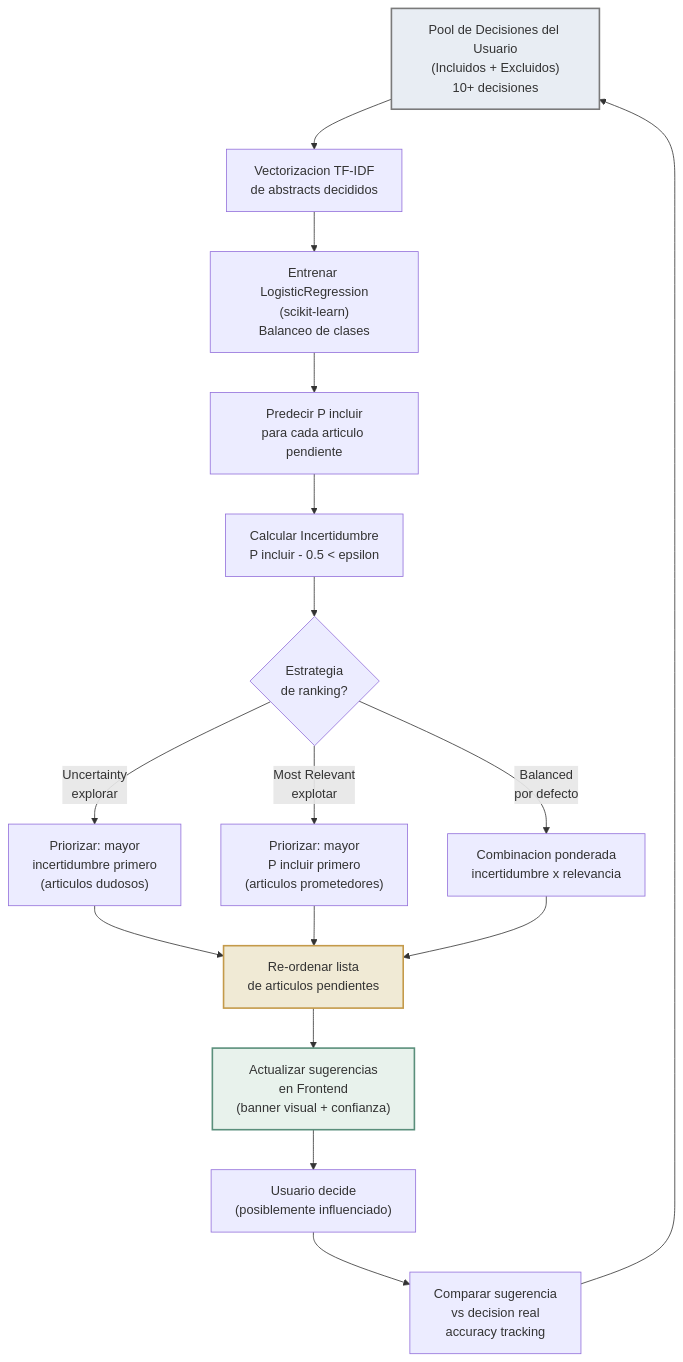
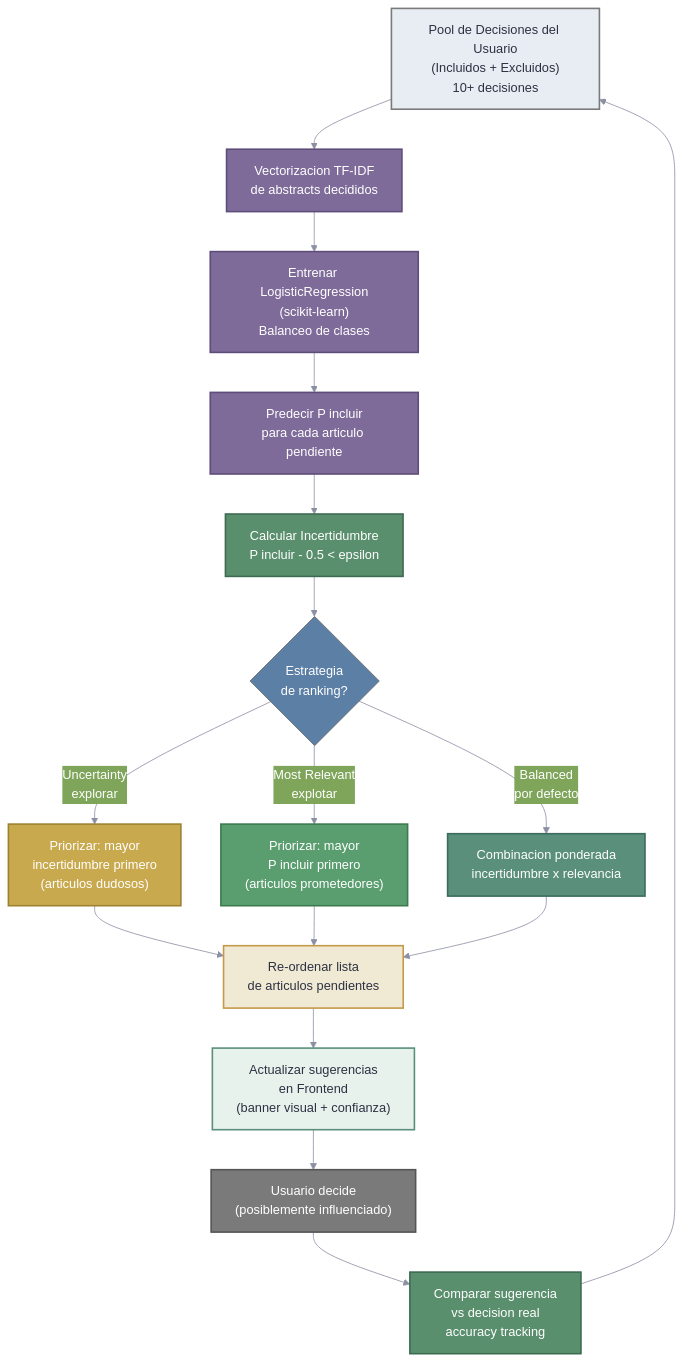
The ninth of 13 diagrams in docs/architecture/arquitectura.md (AlexPrietoRomani/AgriSearch), drawn with Mermaid before and after one commit. The commit also changed other lines of this file, not shown here.

````diff
--- a/docs/architecture/arquitectura.md
+++ b/docs/architecture/arquitectura.md
@@ -501,25 +698,39 @@
 ```mermaid
+%%{init: {'theme': 'base', 'themeVariables': {'primaryColor': '#5b7fa5', 'primaryTextColor': '#fff', 'lineColor': '#8b8fa3', 'textColor': '#2d3142'}}}%%
 graph TD
+    classDef frontend fill:#5b7fa5,stroke:#3d5a80,color:#ffffff,stroke-width:2px
+    classDef backend fill:#5a8f7b,stroke:#3d6b5e,color:#ffffff,stroke-width:2px
+    classDef llm fill:#7e6b99,stroke:#5e4d7a,color:#ffffff,stroke-width:2px
+    classDef database fill:#c49a4a,stroke:#9c7a30,color:#ffffff,stroke-width:2px
+    classDef external fill:#b85c5c,stroke:#8c3e3e,color:#ffffff,stroke-width:2px
+    classDef user fill:#7a7a7a,stroke:#555555,color:#ffffff,stroke-width:2px
+    classDef success fill:#5a9e6f,stroke:#3d7a4f,color:#ffffff,stroke-width:2px
+    classDef warning fill:#c9a94e,stroke:#9c8230,color:#ffffff,stroke-width:2px
+    classDef error fill:#b85c5c,stroke:#8c3e3e,color:#ffffff,stroke-width:2px
+    classDef parser_odl fill:#4a7ab5,stroke:#345a8a,color:#ffffff,stroke-width:2px
+    classDef parser_mit fill:#7b6199,stroke:#5c4577,color:#ffffff,stroke-width:2px
+    classDef common fill:#5a8f6e,stroke:#3d6b52,color:#ffffff,stroke-width:2px
+
     A["Pool de Decisiones del Usuario<br/>(Incluidos + Excluidos)<br/>10+ decisiones"]:::user --> B["Vectorizacion TF-IDF<br/>de abstracts decididos"]:::llm
     B --> C["Entrenar LogisticRegression<br/>(scikit-learn)<br/>Balanceo de clases"]:::llm
     C --> D["Predecir P incluir<br/>para cada articulo pendiente"]:::llm
     D --> E["Calcular Incertidumbre<br/>P incluir - 0.5 < epsilon"]:::common
 
     E --> F{"Estrategia<br/>de ranking?"}
     F -->|"Uncertainty<br/>explorar"| G["Priorizar: mayor<br/>incertidumbre primero<br/>(articulos dudosos)"]:::warning
     F -->|"Most Relevant<br/>explotar"| H["Priorizar: mayor<br/>P incluir primero<br/>(articulos prometedores)"]:::success
     F -->|"Balanced<br/>por defecto"| I["Combinacion ponderada<br/>incertidumbre x relevancia"]:::backend
 
     G --> J["Re-ordenar lista<br/>de articulos pendientes"]:::database
     H --> J
     I --> J
 
     J --> K["Actualizar sugerencias<br/>en Frontend<br/>(banner visual + confianza)"]:::frontend
     K --> L["Usuario decide<br/>(posiblemente influenciado)"]:::user
     L --> M["Comparar sugerencia<br/>vs decision real<br/>accuracy tracking"]:::common
     M --> A
 
-    style A fill:#e8edf3,stroke:#7a7a7a,stroke-width:2px
-    style J fill:#f0ead5,stroke:#c49a4a,stroke-width:2px
-    style K fill:#e8f2ec,stroke:#5a8f7b,stroke-width:2px
+    style A fill:#e8edf3,stroke:#7a7a7a,stroke-width:2px,color:#2d3142
+    style J fill:#f0ead5,stroke:#c49a4a,stroke-width:2px,color:#2d3142
+    style K fill:#e8f2ec,stroke:#5a8f7b,stroke-width:2px,color:#2d3142
 ```
````
